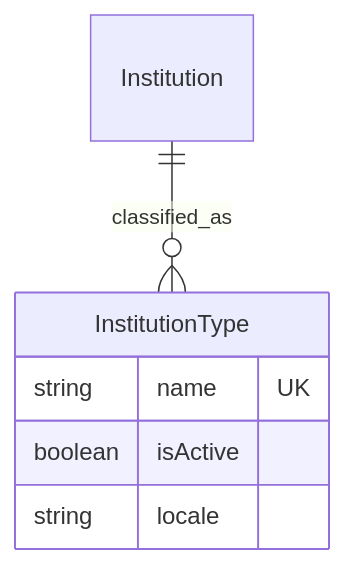
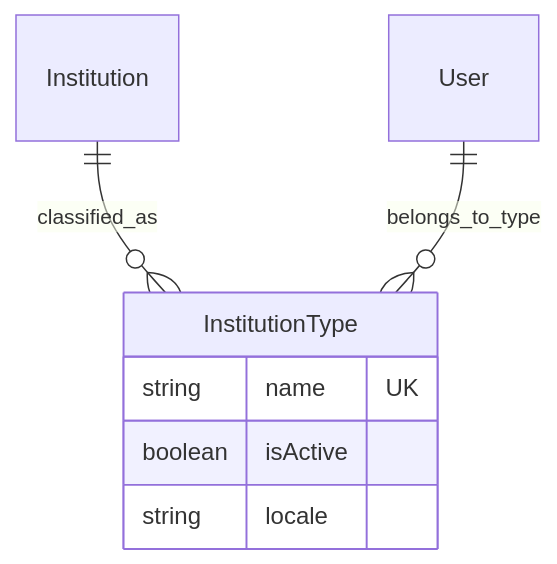
One commit to akvo/science-for-africa changed the diagram in docs/INSTITUTION_TYPE.md. Above: the diagram before and after it, drawn with Mermaid. The commit also changed 2 other files, not shown here.

Commit message:
[#83] docs: update feature specs for institutional account support

````diff
--- a/docs/INSTITUTION_TYPE.md
+++ b/docs/INSTITUTION_TYPE.md
@@ -25,10 +25,11 @@
 ```mermaid
 erDiagram
     Institution ||--o{ InstitutionType : "classified_as"
+    User ||--o{ InstitutionType : "belongs_to_type"
 
     InstitutionType {
         string name UK
         boolean isActive
         string locale
     }
 ```
````
